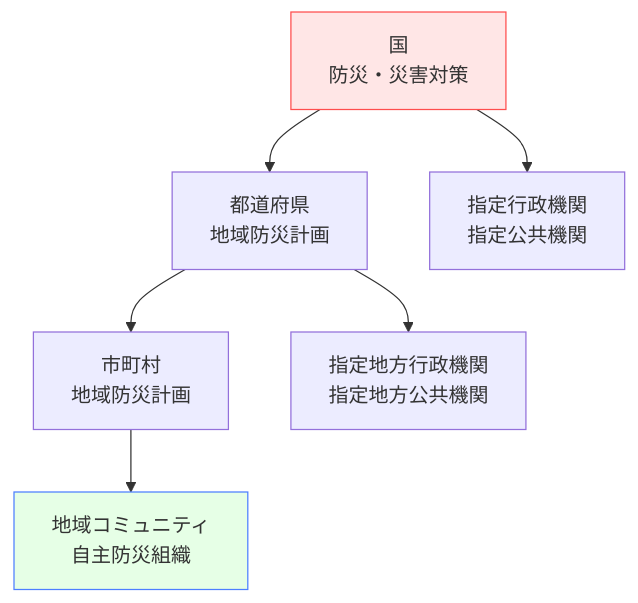
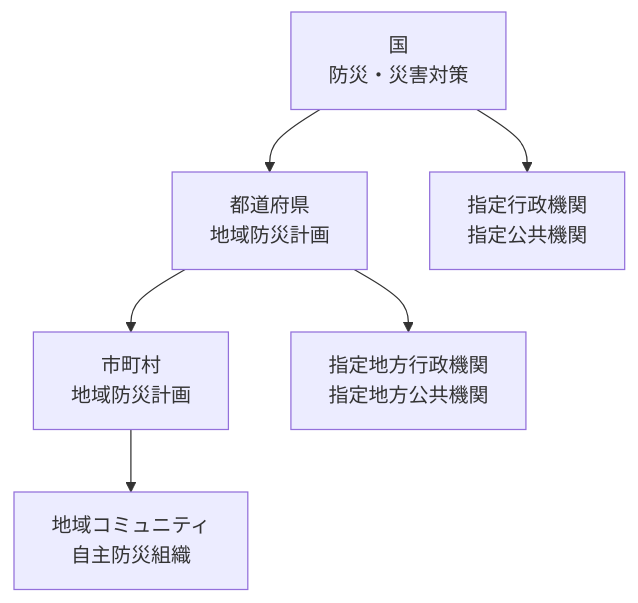
Before and after one commit to shuji-bonji/Situational-Awareness-and-Decision-Making: the seventh of 8 diagrams in docs/applications/emergency-sa.md, drawn with Mermaid. The commit also changed other lines of this file and 49 other files, not shown here.

Commit message:
fix: ダークモードで見づらい図の色の変更

````diff
--- a/docs/applications/emergency-sa.md
+++ b/docs/applications/emergency-sa.md
@@ -406,12 +406,12 @@
 ```mermaid
 graph TD
     A[国<br>防災・災害対策] --> B[都道府県<br>地域防災計画]
     B --> C[市町村<br>地域防災計画]
     C --> D[地域コミュニティ<br>自主防災組織]
     
     A --> E[指定行政機関<br>指定公共機関]
     B --> F[指定地方行政機関<br>指定地方公共機関]
     
-    style A fill:#ffe6e6,stroke:#ff4d4d
-    style D fill:#e6ffe6,stroke:#4d7fff
+
+
 ```
````
